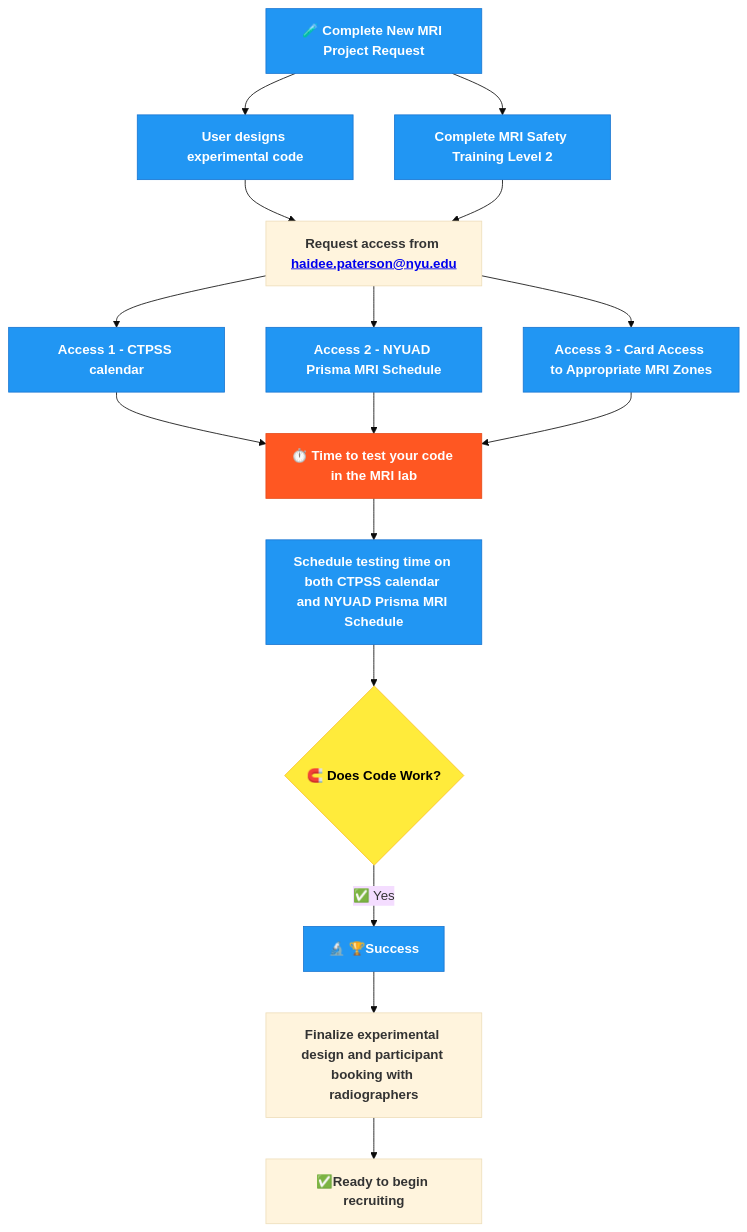
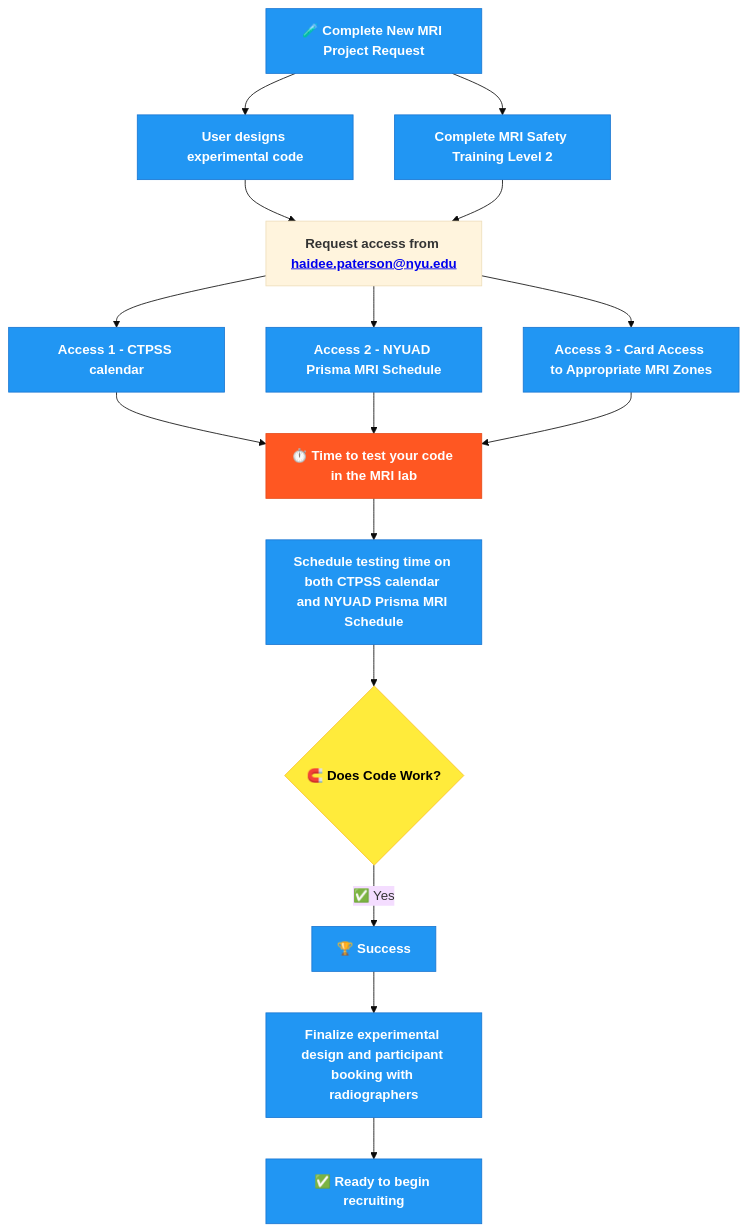
Before and after one commit to BioMedicalImaging-Core-NYUAD/brainimaging-lab-documentation: the diagram in docs/source/1-lab_overview/3-process_diagram.rst, drawn with Mermaid (base theme).

Commit message:
added link

```diff
--- a/docs/source/1-lab_overview/3-process_diagram.rst
+++ b/docs/source/1-lab_overview/3-process_diagram.rst
@@ -5,35 +5,35 @@
 .. mermaid::
 
   graph TD;
     B[🧪 <b>Complete New MRI Project Request</b>];
     B --> C[<b>User designs experimental code</b>];
     B --> D[<b>Complete MRI Safety Training Level 2</b>];
     C --> E[<b>Request access from <a href="mailto:haidee.paterson@nyu.edu">haidee.paterson@nyu.edu</a></b>];
     D --> E;
     E --> F[<b>Access 1 - CTPSS calendar</b>];
     E --> G[<b>Access 2 - NYUAD Prisma MRI Schedule</b>];
     E --> H[<b>Access 3 - Card Access to Appropriate MRI Zones</b>];
     F --> I[⏱️ <b>Time to test your code in the MRI lab</b>];
     G --> I;
     H --> I;
     I --> J[<b>Schedule testing time on both CTPSS calendar and NYUAD Prisma MRI Schedule</b>];
     J --> K{🧲️ <b>Does Code Work?</b>};
-    K --✅ Yes --> L[🔬 <b> 🏆Success</b>];
+    K --✅ Yes --> L[<b> 🏆 Success</b>];
     L --> M[<b>Finalize experimental design and participant booking with radiographers</b>];
-    M --> N[✅<b>Ready to begin recruiting</b>]
+    M --> N[✅ <b>Ready to begin recruiting</b>]
 
     %% Clickable Nodes
     click B "https://drive.google.com/file/d/10Py1KSAsktpCjU6c3lLuWLqVL2a5ofee/view?usp=drive_link"
     click D "https://app.imagingu.com/courses/personnel-group-ii-yearly"
     click E "mailto:haidee.paterson@nyu.edu" "Email haidee.paterson@nyu.edu"
     click F "https://corelabs.abudhabi.nyu.edu/"
 
     %% Style Definitions
     classDef success fill:#4CAF50,stroke:#2E7D32,color:#fff;
     classDef decision fill:#FFEB3B,stroke:#FBC02D,color:#000;
     classDef process fill:#2196F3,stroke:#1976D2,color:#fff;
     classDef warning fill:#FF5722,stroke:#E64A19,color:#fff;
 
-    class B,C,D,F,G,H,J,L process;
+    class B,C,D,F,G,H,J,L,M,N process;
     class I warning;
     class K decision;
```
